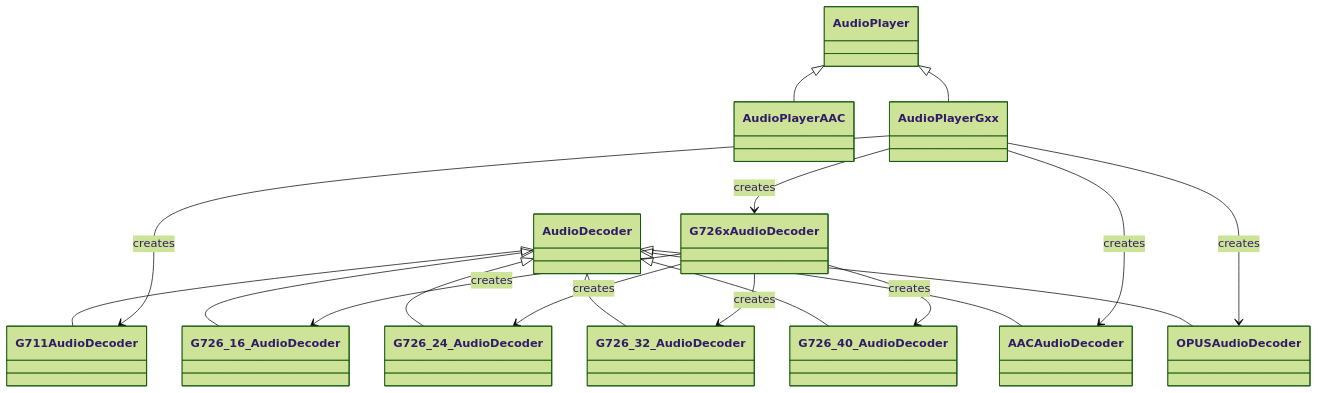
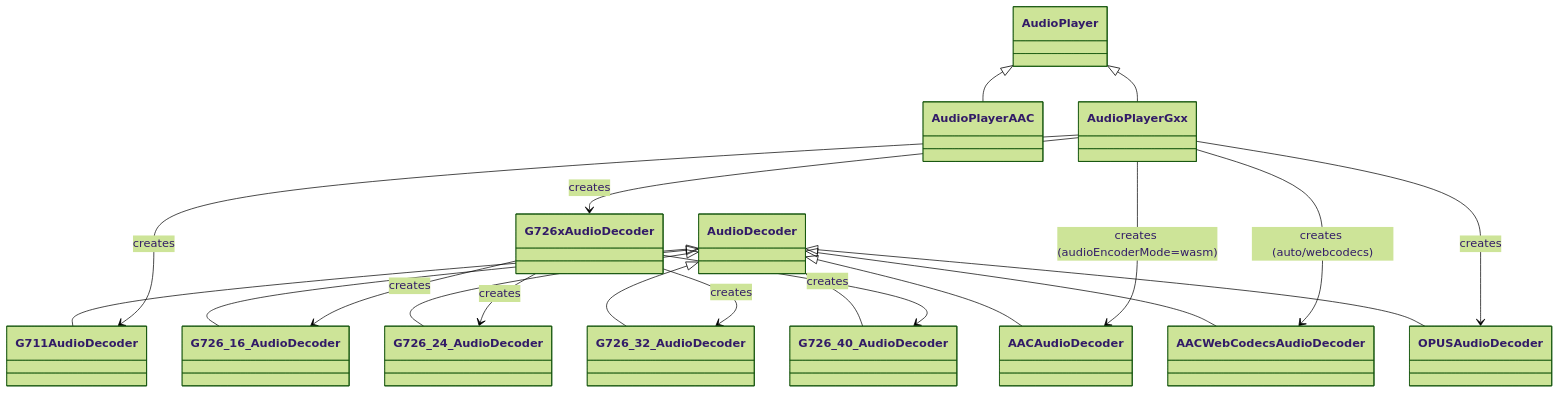
The seventh of 11 diagrams in src/player/README.md (melchi45/rtsp-over-websocket), drawn with Mermaid (forest theme) before and after one commit. The commit also changed other lines of this file and 9 other files, not shown here.

````diff
--- a/src/player/README.md
+++ b/src/player/README.md
@@ -259,27 +259,29 @@
 ```mermaid
 classDiagram
     class AudioDecoder
     class AudioPlayer
 
     AudioDecoder <|-- AACAudioDecoder
+    AudioDecoder <|-- AACWebCodecsAudioDecoder
     AudioDecoder <|-- G711AudioDecoder
     AudioDecoder <|-- G726_16_AudioDecoder
     AudioDecoder <|-- G726_24_AudioDecoder
     AudioDecoder <|-- G726_32_AudioDecoder
     AudioDecoder <|-- G726_40_AudioDecoder
     AudioDecoder <|-- OPUSAudioDecoder
 
     class G726xAudioDecoder
     G726xAudioDecoder --> G726_16_AudioDecoder : creates
     G726xAudioDecoder --> G726_24_AudioDecoder : creates
     G726xAudioDecoder --> G726_32_AudioDecoder : creates
     G726xAudioDecoder --> G726_40_AudioDecoder : creates
 
     AudioPlayer <|-- AudioPlayerAAC
     AudioPlayer <|-- AudioPlayerGxx
 
     AudioPlayerGxx --> G711AudioDecoder : creates
     AudioPlayerGxx --> G726xAudioDecoder : creates
-    AudioPlayerGxx --> AACAudioDecoder : creates
+    AudioPlayerGxx --> AACAudioDecoder : creates (audioEncoderMode=wasm)
+    AudioPlayerGxx --> AACWebCodecsAudioDecoder : creates (auto/webcodecs)
     AudioPlayerGxx --> OPUSAudioDecoder : creates
 ```
````
